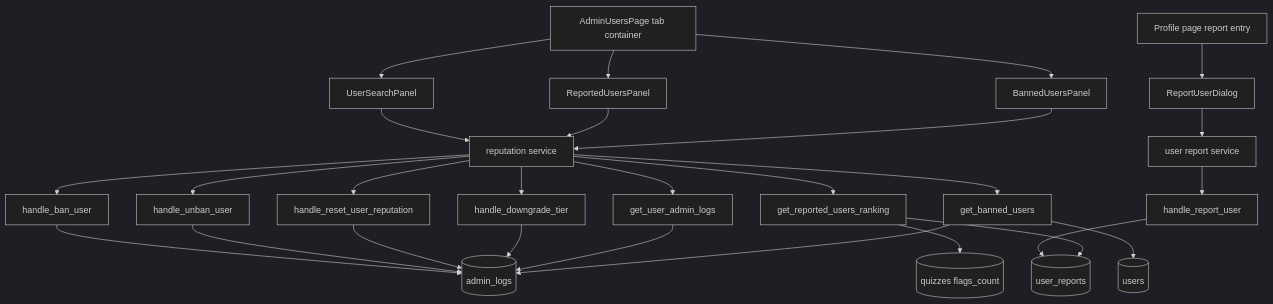
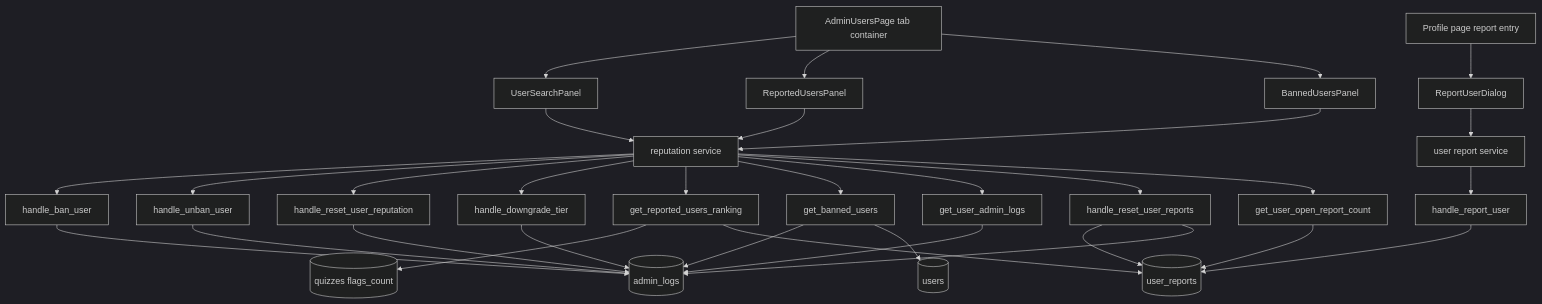
One commit to npressoworks/quizetika changed the first of 3 diagrams in .kiro/specs/quizeum-admin-users-ui/design.md. Above: the diagram before and after it, drawn with Mermaid (dark theme). The commit also changed other lines of this file and 3 other files, not shown here.

First line of the commit message:
refactor(quizeum-admin-users-ui): 未使用のgetUserOpenReportCount(サーバー版)を削除

````diff
--- a/.kiro/specs/quizeum-admin-users-ui/design.md
+++ b/.kiro/specs/quizeum-admin-users-ui/design.md
@@ -70,39 +76,44 @@
 ```mermaid
 graph TB
     AdminPage[AdminUsersPage tab container]
     SearchPanel[UserSearchPanel]
     RankingPanel[ReportedUsersPanel]
     BannedPanel[BannedUsersPanel]
     ProfilePage[Profile page report entry]
     ReportDialog[ReportUserDialog]
 
     AdminPage --> SearchPanel
     AdminPage --> RankingPanel
     AdminPage --> BannedPanel
     ProfilePage --> ReportDialog
 
     SearchPanel --> ReputationService[reputation service]
     RankingPanel --> ReputationService
     BannedPanel --> ReputationService
     ReportDialog --> UserReportService[user report service]
 
     ReputationService --> BanRpc[handle_ban_user]
     ReputationService --> UnbanRpc[handle_unban_user]
     ReputationService --> ResetRpc[handle_reset_user_reputation]
     ReputationService --> DowngradeRpc[handle_downgrade_tier]
     ReputationService --> RankingRpc[get_reported_users_ranking]
     ReputationService --> BannedListRpc[get_banned_users]
     ReputationService --> AuditLogRpc[get_user_admin_logs]
+    ReputationService --> ResetReportsRpc[handle_reset_user_reports]
+    ReputationService --> OpenReportCountRpc[get_user_open_report_count]
     UserReportService --> ReportRpc[handle_report_user]
 
     BanRpc --> AdminLogs[(admin_logs)]
     UnbanRpc --> AdminLogs
     ResetRpc --> AdminLogs
     DowngradeRpc --> AdminLogs
     AuditLogRpc --> AdminLogs
     BannedListRpc --> AdminLogs
     BannedListRpc --> UsersTable[(users)]
     ReportRpc --> UserReportsTable[(user_reports)]
     RankingRpc --> QuizzesTable[(quizzes flags_count)]
     RankingRpc --> UserReportsTable
+    ResetReportsRpc --> UserReportsTable
+    ResetReportsRpc --> AdminLogs
+    OpenReportCountRpc --> UserReportsTable
 ```
````
